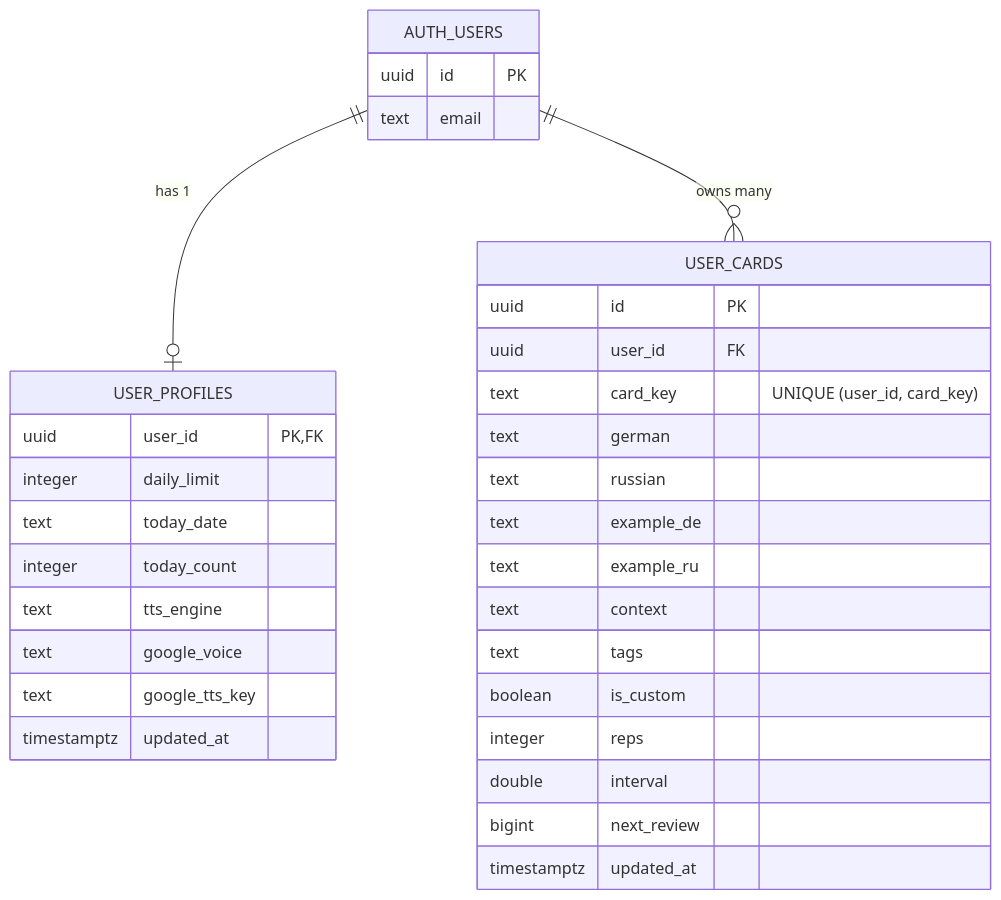
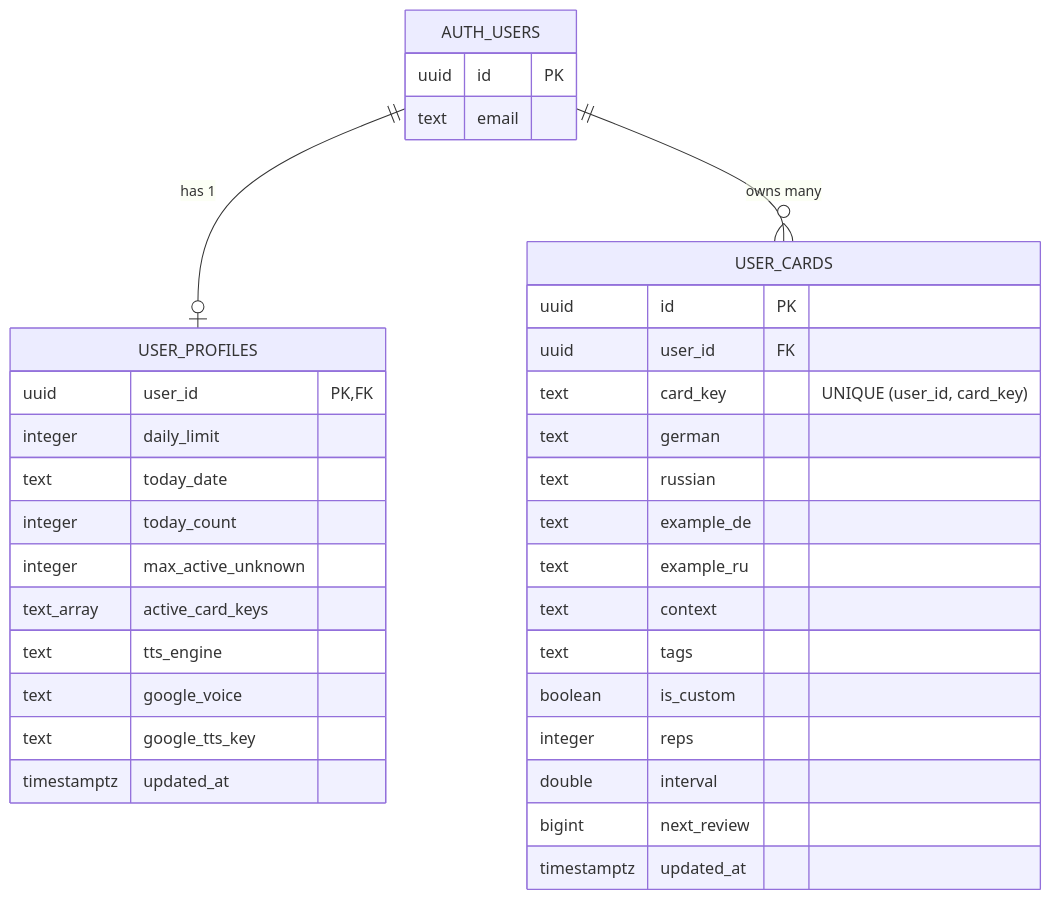
One commit to an2ancan/anki changed the second of 5 diagrams in ARCHITECTURE.md. Above: the diagram before and after it, drawn with Mermaid. The commit also changed other lines of this file and 3 other files, not shown here.

Commit message:
feat: enhance study queue with active card management and mixed mode support

````diff
--- a/ARCHITECTURE.md
+++ b/ARCHITECTURE.md
@@ -112,38 +112,40 @@
 ```mermaid
 erDiagram
   AUTH_USERS ||--o| USER_PROFILES : "has 1"
   AUTH_USERS ||--o{ USER_CARDS : "owns many"
 
   AUTH_USERS {
     uuid id PK
     text email
   }
 
   USER_PROFILES {
     uuid user_id PK,FK
     integer daily_limit
     text today_date
     integer today_count
+    integer max_active_unknown
+    text_array active_card_keys
     text tts_engine
     text google_voice
     text google_tts_key
     timestamptz updated_at
   }
 
   USER_CARDS {
     uuid id PK
     uuid user_id FK
     text card_key "UNIQUE (user_id, card_key)"
     text german
     text russian
     text example_de
     text example_ru
     text context
     text tags
     boolean is_custom
     integer reps
     double interval
     bigint next_review
     timestamptz updated_at
   }
 ```
````
